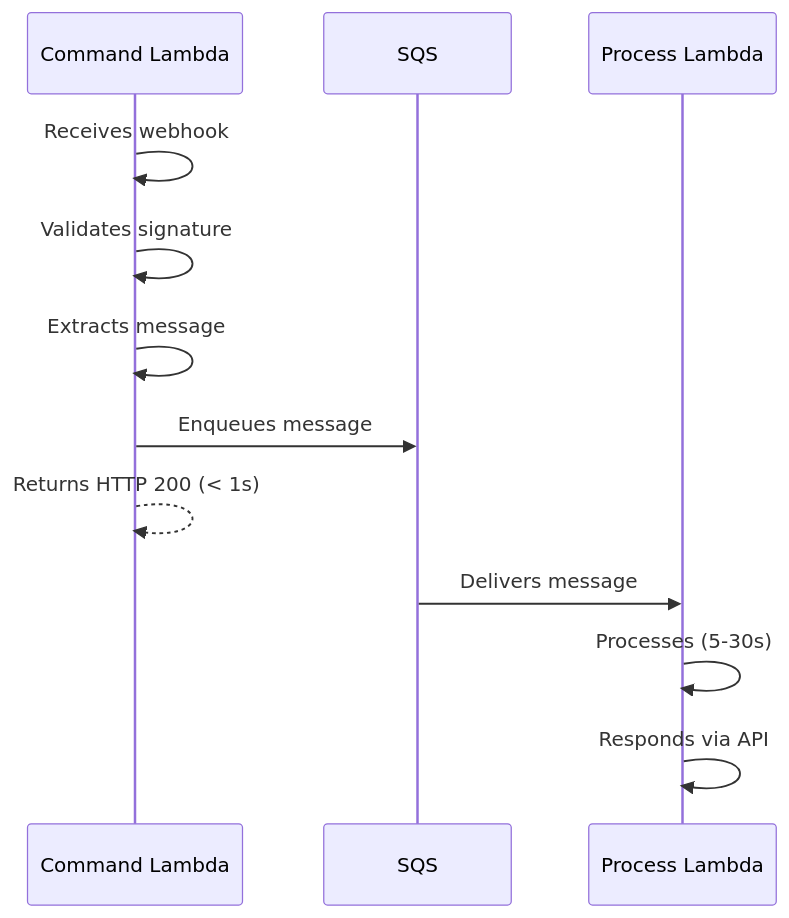
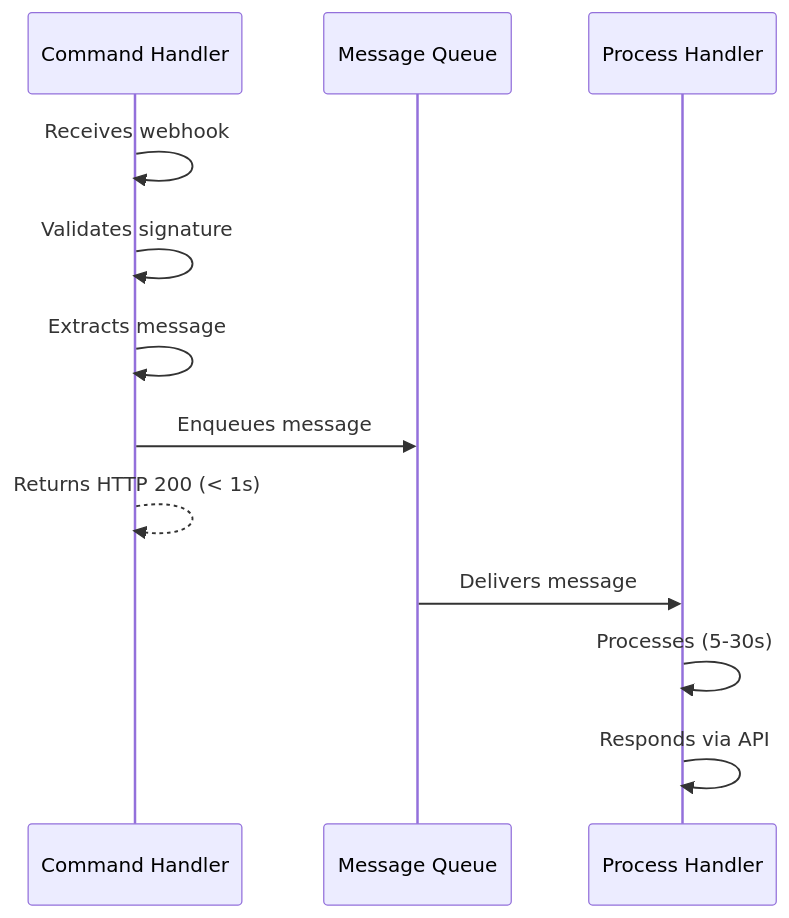
One commit to phbruce/agentrun changed diagram 26 of 31 in docs/book/agentrun-book.md. Above: the diagram before and after it, drawn with Mermaid. The commit also changed other lines of this file, not shown here.

````diff
--- a/docs/book/agentrun-book.md
+++ b/docs/book/agentrun-book.md
@@ -4331,15 +4303,15 @@
 ```mermaid
 sequenceDiagram
-    participant CL as Command Lambda
-    participant SQS as SQS
-    participant PL as Process Lambda
+    participant CH as Command Handler
+    participant MQ as Message Queue
+    participant PH as Process Handler
 
-    CL->>CL: Receives webhook
-    CL->>CL: Validates signature
-    CL->>CL: Extracts message
-    CL->>SQS: Enqueues message
-    CL-->>CL: Returns HTTP 200 (< 1s)
-    SQS->>PL: Delivers message
-    PL->>PL: Processes (5-30s)
-    PL->>PL: Responds via API
+    CH->>CH: Receives webhook
+    CH->>CH: Validates signature
+    CH->>CH: Extracts message
+    CH->>MQ: Enqueues message
+    CH-->>CH: Returns HTTP 200 (< 1s)
+    MQ->>PH: Delivers message
+    PH->>PH: Processes (5-30s)
+    PH->>PH: Responds via API
 ```
````
